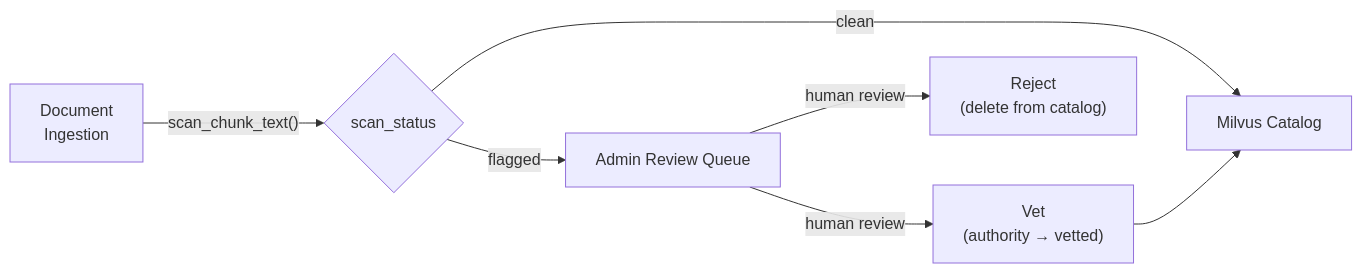
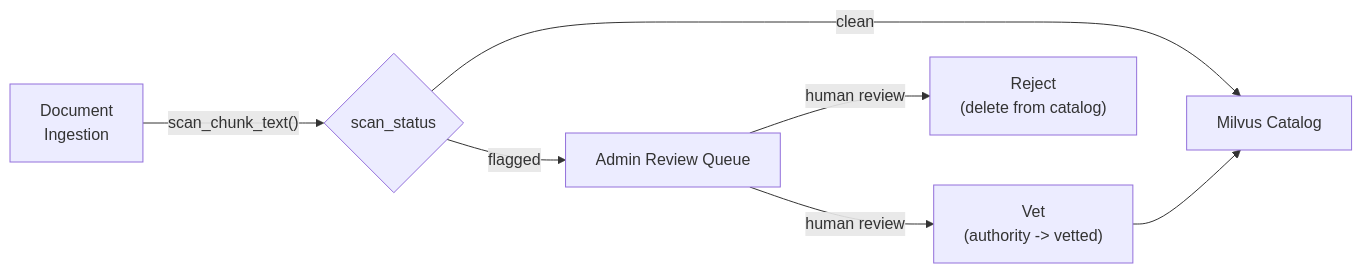
One commit to supernovae/synesis changed the second of 2 diagrams in docs/SECURITY.md. Above: the diagram before and after it, drawn with Mermaid. The commit also changed other lines of this file and 15 other files, not shown here.

````diff
--- a/docs/SECURITY.md
+++ b/docs/SECURITY.md
@@ -165,9 +175,9 @@
 ```mermaid
 flowchart LR
     Ingest["Document\nIngestion"] -->|"scan_chunk_text()"| Status{"scan_status"}
     Status -->|clean| Catalog["Milvus Catalog"]
     Status -->|flagged| Queue["Admin Review Queue"]
-    Queue -->|"human review"| Vet["Vet\n(authority → vetted)"]
+    Queue -->|"human review"| Vet["Vet\n(authority -> vetted)"]
     Queue -->|"human review"| Reject["Reject\n(delete from catalog)"]
     Vet --> Catalog
 ```
````
